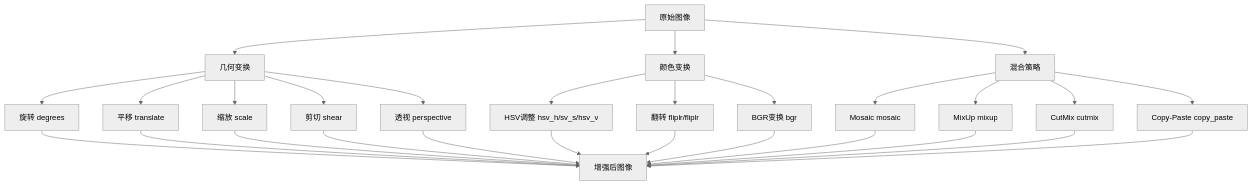
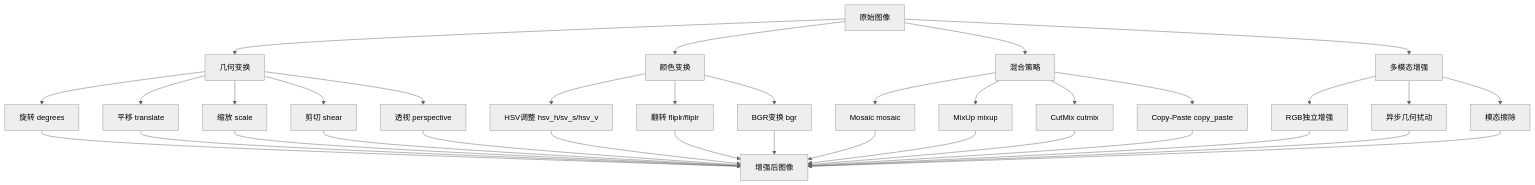
One commit to 2208754827/MM-IMPROVE changed the fifth of 11 diagrams in .qoder/repowiki/zh/content/模型配置与管理/训练配置管理/训练配置管理.md. Above: the diagram before and after it, drawn with Mermaid (neutral theme). The commit also changed other lines of this file and 1211 other files, not shown here.

````diff
--- a/.qoder/repowiki/zh/content/模型配置与管理/训练配置管理/训练配置管理.md
+++ b/.qoder/repowiki/zh/content/模型配置与管理/训练配置管理/训练配置管理.md
@@ -263,30 +308,37 @@
 ```mermaid
 flowchart TD
 INPUT[原始图像] --> GEOMETRIC[几何变换]
 INPUT --> COLOR[颜色变换]
 INPUT --> MIX[混合策略]
+INPUT --> MULTIMODAL[多模态增强]
 GEOMETRIC --> ROTATE[旋转 degrees]
 GEOMETRIC --> TRANSLATE[平移 translate]
 GEOMETRIC --> SCALE[缩放 scale]
 GEOMETRIC --> SHEAR[剪切 shear]
 GEOMETRIC --> PERSPECTIVE[透视 perspective]
 COLOR --> HSV[HSV调整 hsv_h/sv_s/hsv_v]
 COLOR --> FLIP[翻转 fliplr/fliplr]
 COLOR --> BGR[BGR变换 bgr]
 MIX --> MOSAIC[Mosaic mosaic]
 MIX --> MIXUP[MixUp mixup]
 MIX --> CUTMIX[CutMix cutmix]
 MIX --> COPY_PASTE[Copy-Paste copy_paste]
+MULTIMODAL --> RGB_ALBU[RGB独立增强]
+MULTIMODAL --> ASYNC_GEO[异步几何扰动]
+MULTIMODAL --> MODAL_DROPOUT[模态擦除]
 ROTATE --> OUTPUT[增强后图像]
 TRANSLATE --> OUTPUT
 SCALE --> OUTPUT
 SHEAR --> OUTPUT
 PERSPECTIVE --> OUTPUT
 HSV --> OUTPUT
 FLIP --> OUTPUT
 BGR --> OUTPUT
 MOSAIC --> OUTPUT
 MIXUP --> OUTPUT
 CUTMIX --> OUTPUT
 COPY_PASTE --> OUTPUT
+RGB_ALBU --> OUTPUT
+ASYNC_GEO --> OUTPUT
+MODAL_DROPOUT --> OUTPUT
 ```
````
